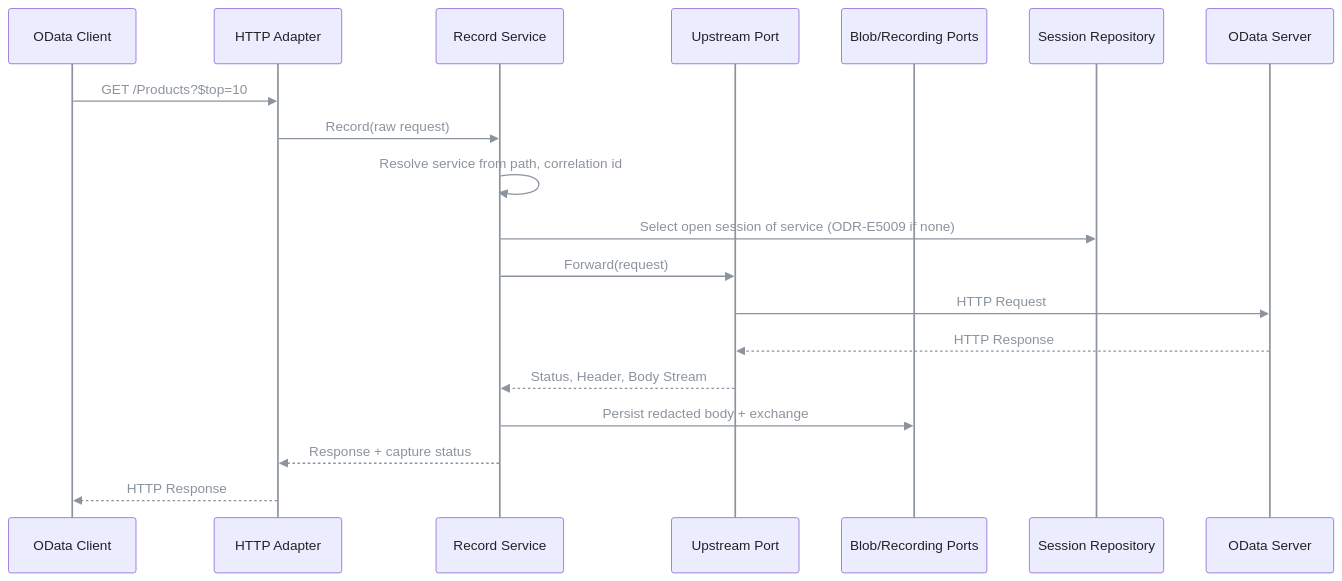
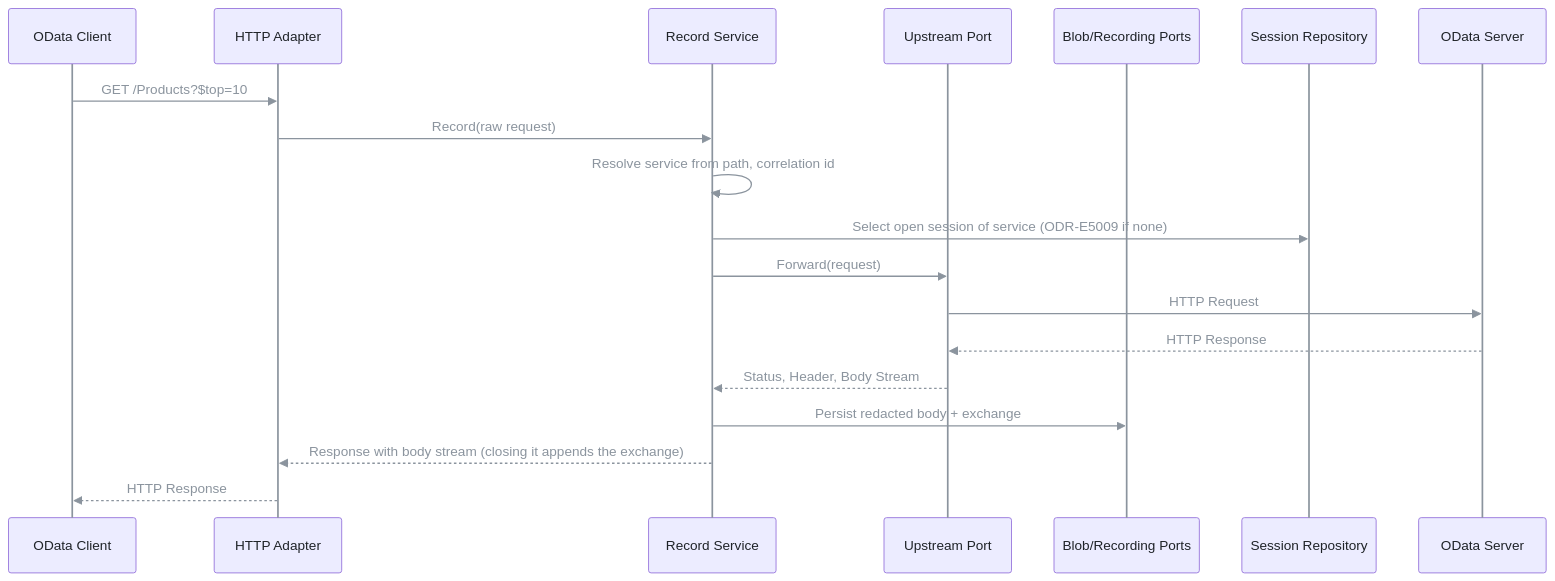
Before and after one commit to pt9912/odata-recorder: the second of 11 diagrams in spec/architecture.md, drawn with Mermaid. The commit also changed other lines of this file and 7 other files, not shown here.

````diff
--- a/spec/architecture.md
+++ b/spec/architecture.md
@@ -285,22 +285,22 @@
 ```mermaid
 %%{init: {'themeVariables': {'lineColor': '#8b949e', 'signalColor': '#8b949e', 'signalTextColor': '#8b949e', 'actorLineColor': '#8b949e', 'loopTextColor': '#8b949e', 'textColor': '#c9d1d9', 'primaryTextColor': '#1f2328', 'nodeTextColor': '#1f2328', 'actorTextColor': '#1f2328', 'noteTextColor': '#1f2328', 'edgeLabelBackground': '#30363d'}}}%%
 sequenceDiagram
     participant C as OData Client
     participant H as HTTP Adapter
     participant R as Record Service
     participant U as Upstream Port
     participant B as Blob/Recording Ports
     participant Q as Session Repository
     participant S as OData Server
     C->>H: GET /Products?$top=10
     H->>R: Record(raw request)
     R->>R: Resolve service from path, correlation id
     R->>Q: Select open session of service (ODR-E5009 if none)
     R->>U: Forward(request)
     U->>S: HTTP Request
     S-->>U: HTTP Response
     U-->>R: Status, Header, Body Stream
     R->>B: Persist redacted body + exchange
-    R-->>H: Response + capture status
+    R-->>H: Response with body stream (closing it appends the exchange)
     H-->>C: HTTP Response
 ```
````
